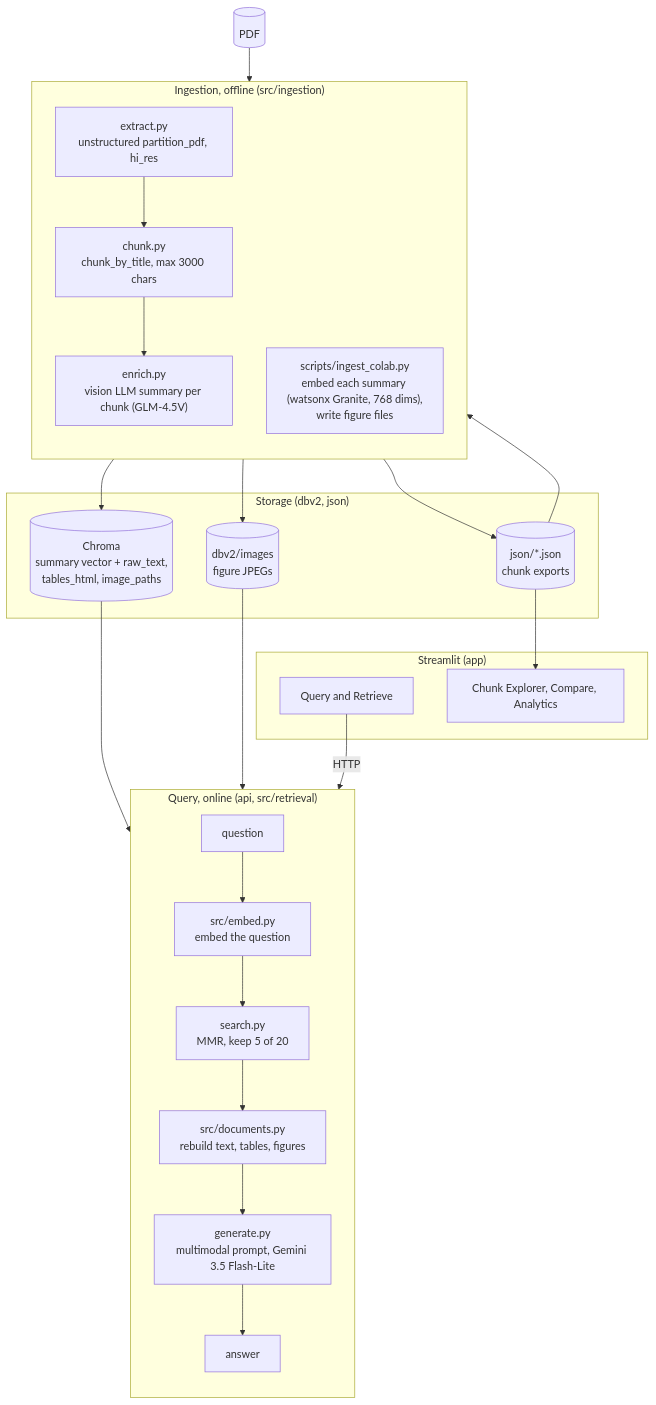
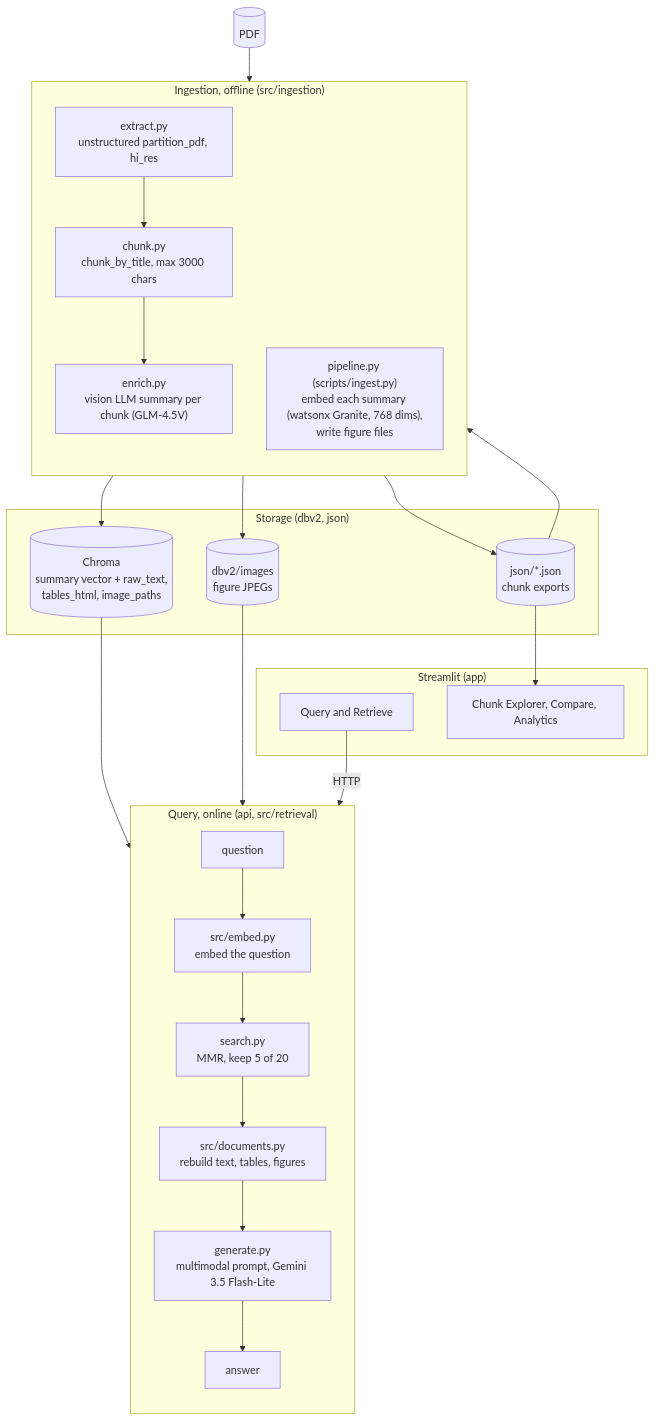
Before and after one commit to amehnd/Ki-Craft: the diagram in README.md, drawn with Mermaid. The commit also changed other lines of this file and 6 other files, not shown here.

````diff
--- a/README.md
+++ b/README.md
@@ -63,45 +63,45 @@
 ```mermaid
 flowchart TB
     PDF[("PDF")]
 
     subgraph Ingestion["Ingestion, offline (src/ingestion)"]
         direction TB
         PART["extract.py<br/>unstructured partition_pdf, hi_res"]
         CHUNK["chunk.py<br/>chunk_by_title, max 3000 chars"]
         ENRICH["enrich.py<br/>vision LLM summary per chunk (GLM-4.5V)"]
-        BUILD["scripts/ingest_colab.py<br/>embed each summary (watsonx Granite, 768 dims),<br/>write figure files"]
+        BUILD["pipeline.py (scripts/ingest.py)<br/>embed each summary (watsonx Granite, 768 dims),<br/>write figure files"]
         PART --> CHUNK --> ENRICH
     end
 
     subgraph Storage["Storage (dbv2, json)"]
         CHROMA[("Chroma<br/>summary vector + raw_text,<br/>tables_html, image_paths")]
         IMAGES[("dbv2/images<br/>figure JPEGs")]
         JSON[("json/*.json<br/>chunk exports")]
     end
 
     subgraph Query["Query, online (api, src/retrieval)"]
         direction TB
         Q["question"]
         EMBED_Q["src/embed.py<br/>embed the question"]
         MMR["search.py<br/>MMR, keep 5 of 20"]
         REBUILD["src/documents.py<br/>rebuild text, tables, figures"]
         GEN["generate.py<br/>multimodal prompt, Gemini 3.5 Flash-Lite"]
         ANSWER["answer"]
         Q --> EMBED_Q --> MMR --> REBUILD --> GEN --> ANSWER
     end
 
     subgraph UI["Streamlit (app)"]
         CHAT["Query and Retrieve"]
         EXPLORE["Chunk Explorer, Compare, Analytics"]
     end
 
     PDF --> PART
     ENRICH --> JSON
     JSON --> BUILD
     BUILD --> CHROMA
     BUILD --> IMAGES
     CHROMA --> MMR
     IMAGES --> REBUILD
     CHAT -- "HTTP" --> Q
     JSON --> EXPLORE
 ```
````
